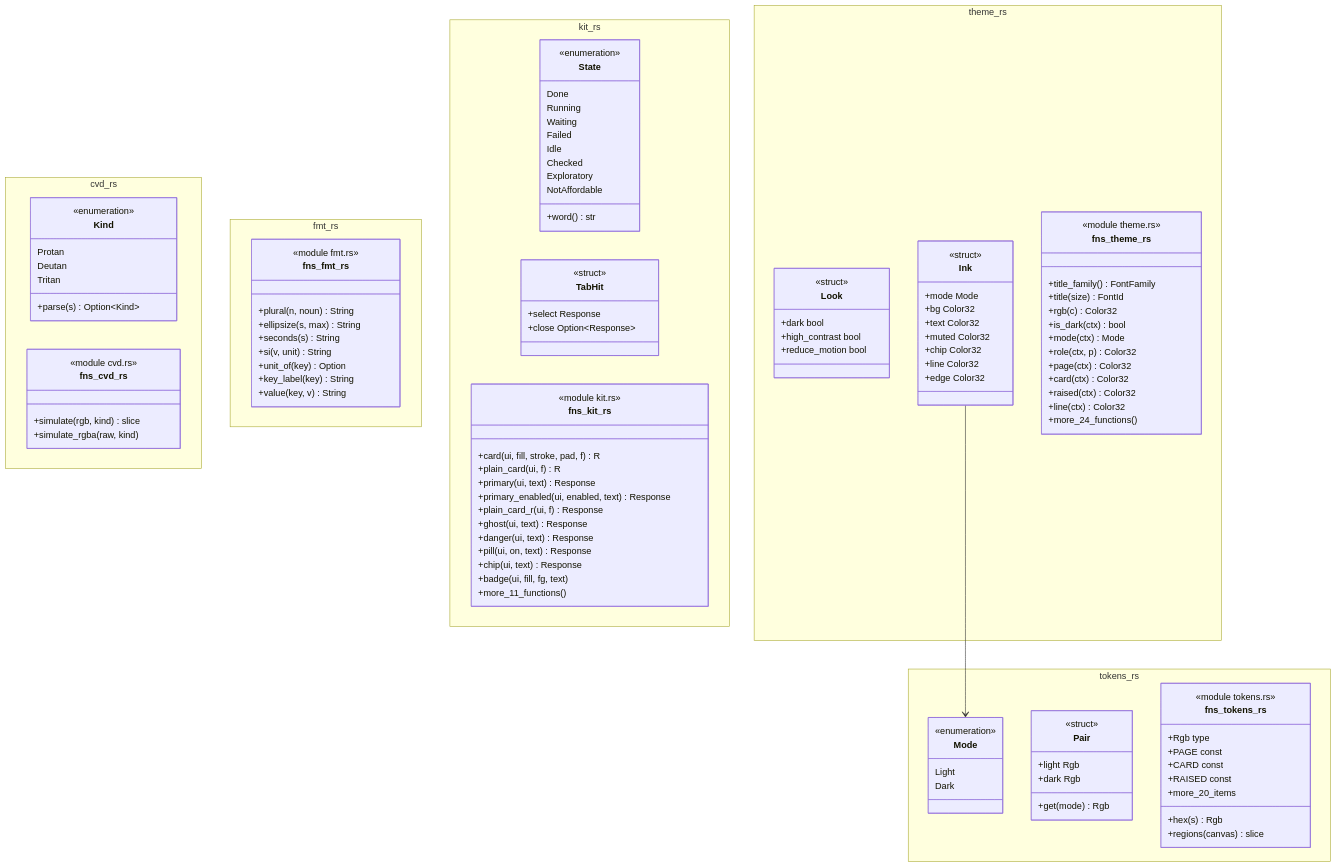
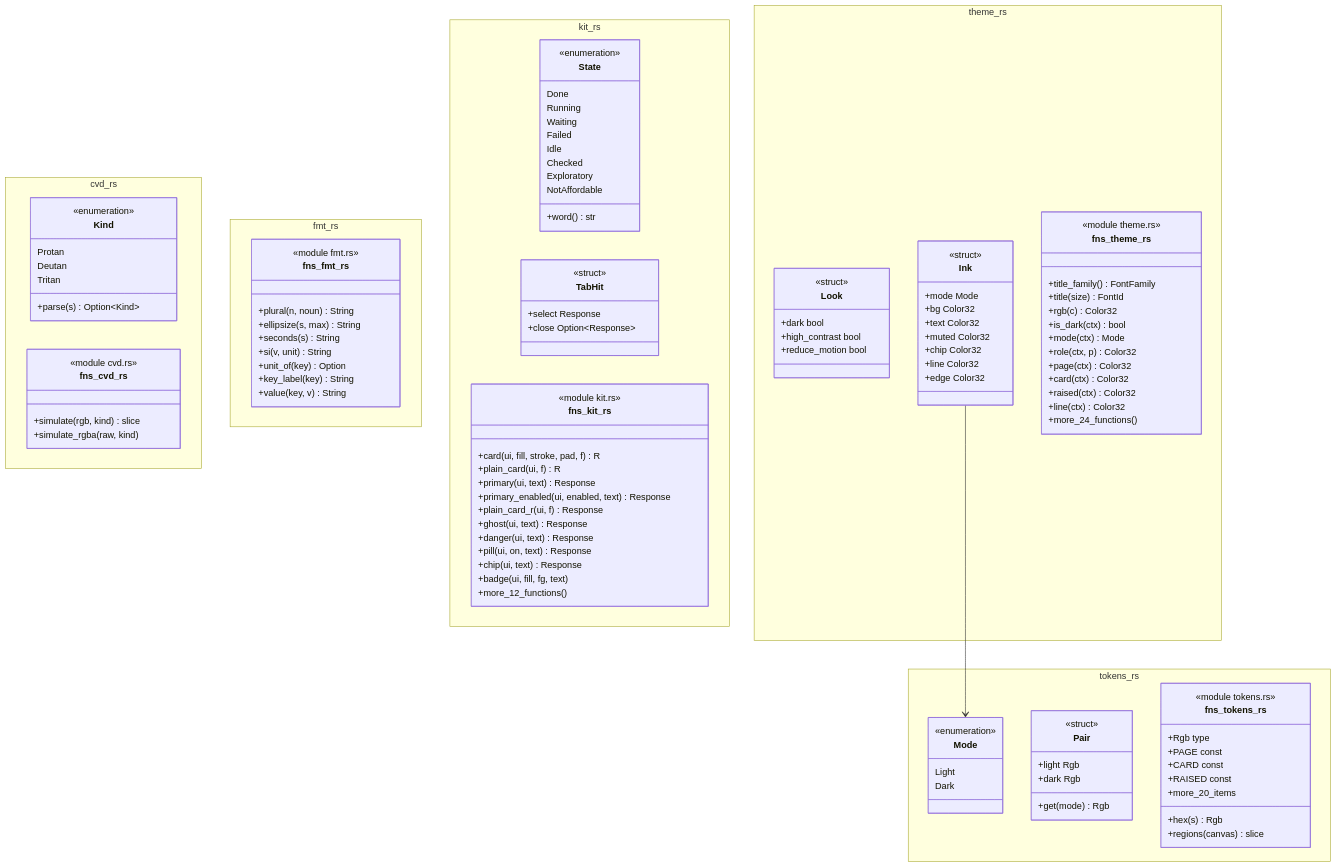
Before and after one commit to p-j-r/nyx: the diagram in docs/architecture/c4/4-code/app/style.md, drawn with Mermaid. The commit also changed other lines of this file and 23 other files, not shown here.

```diff
--- a/docs/architecture/c4/4-code/app/style.md
+++ b/docs/architecture/c4/4-code/app/style.md
@@ -93,7 +93,7 @@
         +pill(ui, on, text) Response
         +chip(ui, text) Response
         +badge(ui, fill, fg, text)
-        +more_11_functions()
+        +more_12_functions()
     }
   }
   namespace theme_rs {
```
